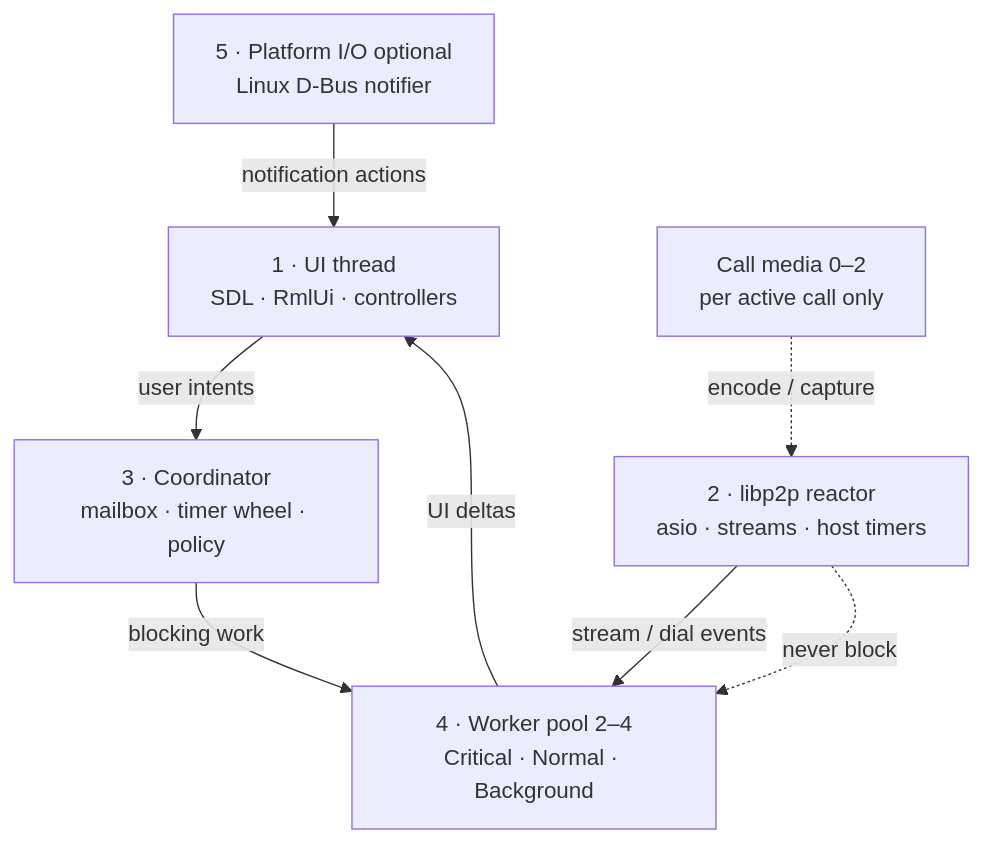
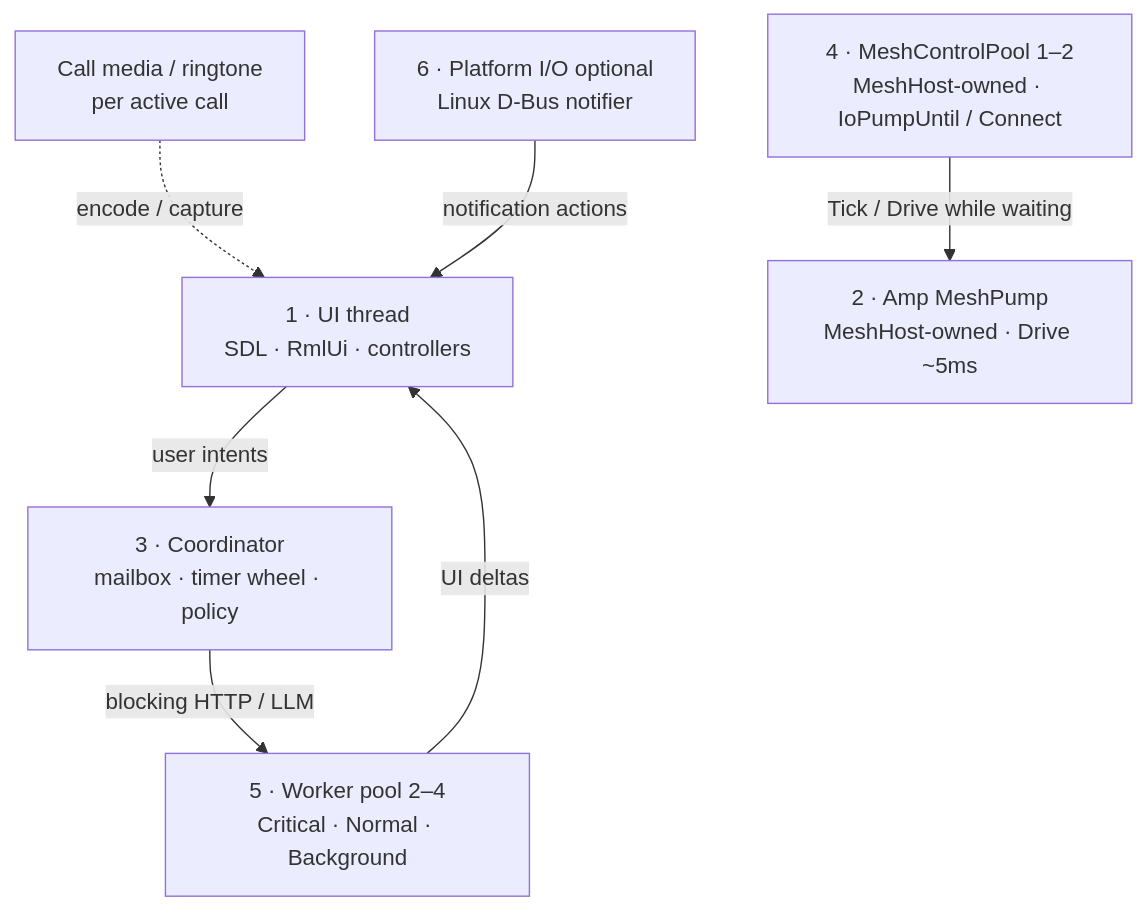
One commit to people-post/pp-browser changed the diagram in docs/architecture/THREADING.md. Above: the diagram before and after it, drawn with Mermaid. The commit also changed other lines of this file and 21 other files, not shown here.

First line of the commit message:
Own Amp MeshPump and MeshControlPool on MeshHost

````diff
--- a/docs/architecture/THREADING.md
+++ b/docs/architecture/THREADING.md
@@ -26,17 +27,17 @@
 ```mermaid
 flowchart TB
   UI["1 · UI thread<br/>SDL · RmlUi · controllers"]
-  Lp["2 · libp2p reactor<br/>asio · streams · host timers"]
+  Pump["2 · Amp MeshPump<br/>MeshHost-owned · Drive ~5ms"]
   Coord["3 · Coordinator<br/>mailbox · timer wheel · policy"]
-  Pool["4 · Worker pool 2–4<br/>Critical · Normal · Background"]
-  Plat["5 · Platform I/O optional<br/>Linux D-Bus notifier"]
-  Media["Call media 0–2<br/>per active call only"]
+  Ctrl["4 · MeshControlPool 1–2<br/>MeshHost-owned · IoPumpUntil / Connect"]
+  Pool["5 · Worker pool 2–4<br/>Critical · Normal · Background"]
+  Plat["6 · Platform I/O optional<br/>Linux D-Bus notifier"]
+  Media["Call media / ringtone<br/>per active call"]
 
   UI -->|"user intents"| Coord
-  Lp -->|"stream / dial events"| Pool
+  Coord -->|"blocking HTTP / LLM"| Pool
+  Ctrl -->|"Tick / Drive while waiting"| Pump
+  Pool -->|"UI deltas"| UI
+  Media -.->|"encode / capture"| UI
   Plat -->|"notification actions"| UI
-  Coord -->|"blocking work"| Pool
-  Pool -->|"UI deltas"| UI
-  Lp -.->|"never block"| Pool
-  Media -.->|"encode / capture"| Lp
 ```
````
